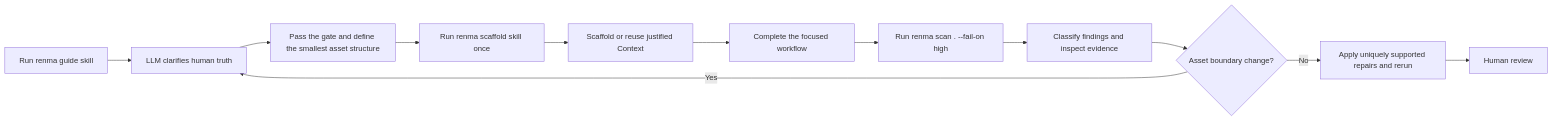
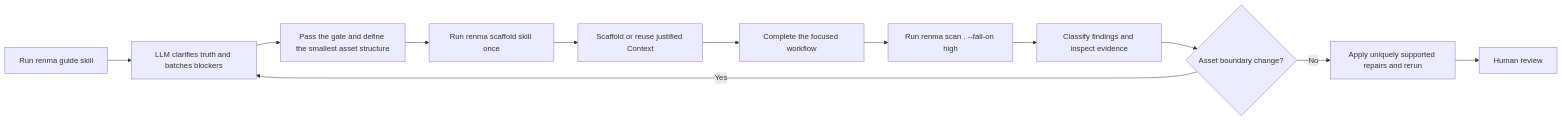
Before and after one commit to KazuCocoa/renma: the first of 2 diagrams in docs/user-manual.md, drawn with Mermaid. The commit also changed other lines of this file and 10 other files, not shown here.

````diff
--- a/docs/user-manual.md
+++ b/docs/user-manual.md
@@ -245,14 +246,14 @@
 ```mermaid
 flowchart LR
-  Guide["Run renma guide skill"] --> Clarify["LLM clarifies human truth"]
+  Guide["Run renma guide skill"] --> Clarify["LLM clarifies truth and batches blockers"]
   Clarify --> Structure["Pass the gate and define the smallest asset structure"]
   Structure --> Scaffold["Run renma scaffold skill once"]
   Scaffold --> Context["Scaffold or reuse justified Context"]
   Context --> Complete["Complete the focused workflow"]
   Complete --> Validate["Run renma scan . --fail-on high"]
   Validate --> Evidence["Classify findings and inspect evidence"]
   Evidence --> Boundary{"Asset boundary change?"}
   Boundary -- Yes --> Clarify
   Boundary -- No --> Fix["Apply uniquely supported repairs and rerun"]
   Fix --> Review["Human review"]
 ```
````
